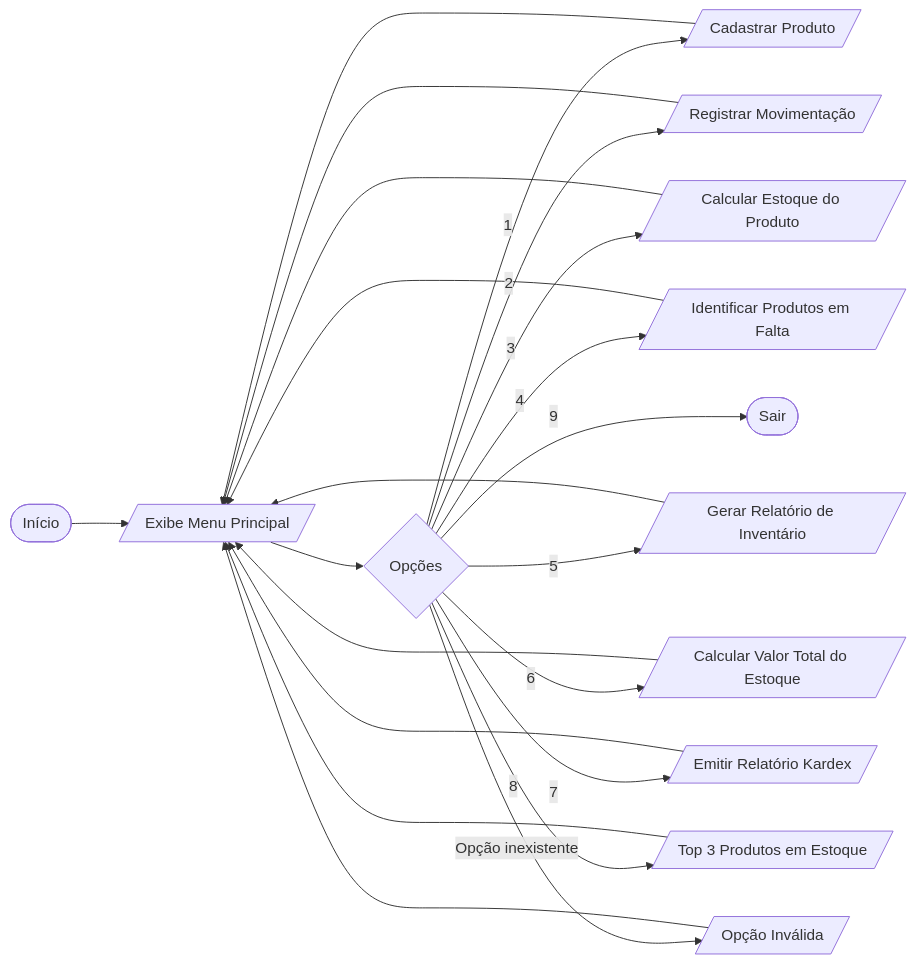
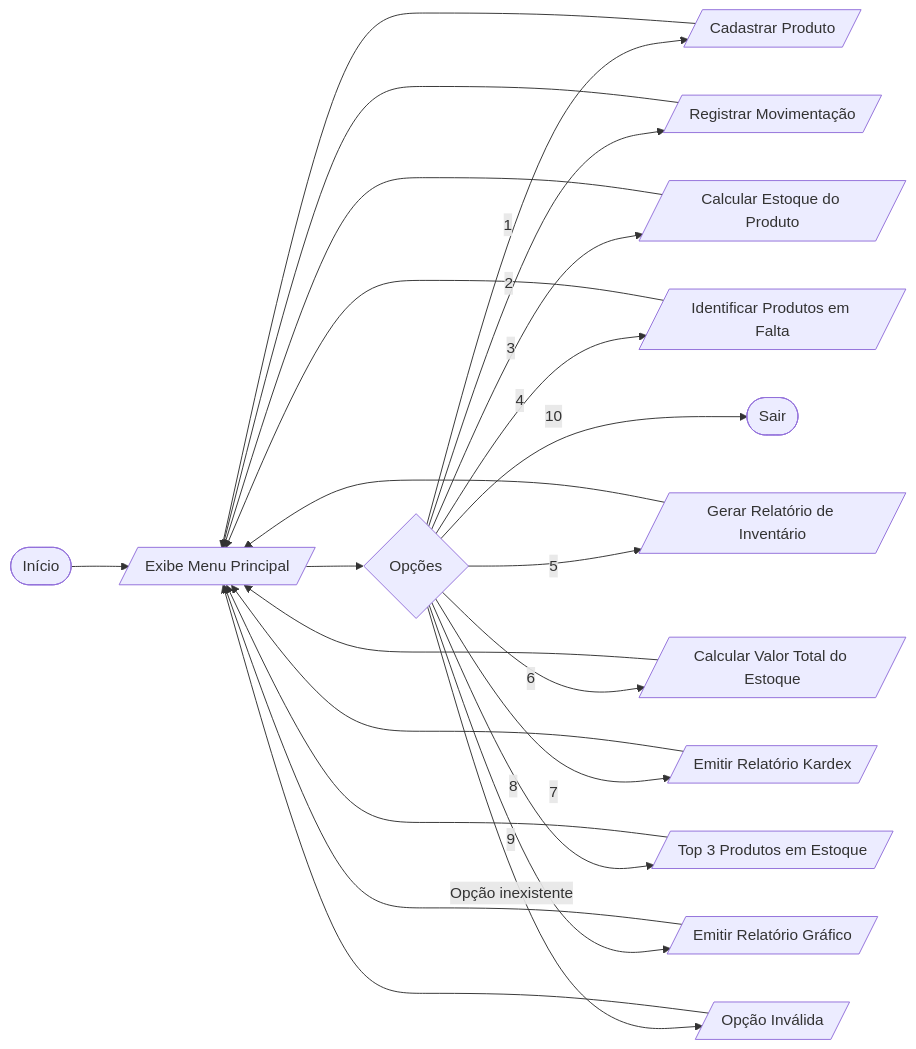
One commit to higorferreirarn/projeto_08_gestao_estoque changed the diagram in projeto_08_gestao_estoque/diagramas/fluxo.md. Above: the diagram before and after it, drawn with Mermaid. The commit also changed 4 other files, not shown here.

````diff
--- a/projeto_08_gestao_estoque/diagramas/fluxo.md
+++ b/projeto_08_gestao_estoque/diagramas/fluxo.md
@@ -4,41 +4,44 @@
 ```mermaid
 flowchart LR
     Start([Início])
     Menu[/Exibe Menu Principal/]
     Opcao{Opções}
     CadastrarProduto[/Cadastrar Produto/]
     RegistrarMov[/Registrar Movimentação/]
     CalcularEstoque[/Calcular Estoque do Produto/]
     ProdutosFalta[/Identificar Produtos em Falta/]
     RelatorioInventario[/Gerar Relatório de Inventário/]
     ValorTotalEstoque[/Calcular Valor Total do Estoque/]
     RelatorioKardex[/Emitir Relatório Kardex/]
     Top3Produtos[/Top 3 Produtos em Estoque/]
+    RelatorioPyplot[/Emitir Relatório Gráfico/]
     Sair([Sair])
     Invalida[/Opção Inválida/]
 
     Start --> Menu
     Menu --> Opcao
 
     Opcao -->|1| CadastrarProduto
     Opcao -->|2| RegistrarMov
     Opcao -->|3| CalcularEstoque
     Opcao -->|4| ProdutosFalta
     Opcao -->|5| RelatorioInventario
     Opcao -->|6| ValorTotalEstoque
     Opcao -->|7| RelatorioKardex
     Opcao -->|8| Top3Produtos
-    Opcao -->|9| Sair
+    Opcao -->|9| RelatorioPyplot
+    Opcao -->|10| Sair
     Opcao -->|Opção inexistente| Invalida
 
     CadastrarProduto --> Menu
     RegistrarMov --> Menu
     CalcularEstoque --> Menu
     ProdutosFalta --> Menu
     RelatorioInventario --> Menu
     ValorTotalEstoque --> Menu
     RelatorioKardex --> Menu
     Top3Produtos --> Menu
+    RelatorioPyplot --> Menu
     Invalida --> Menu
 
 ```
````
